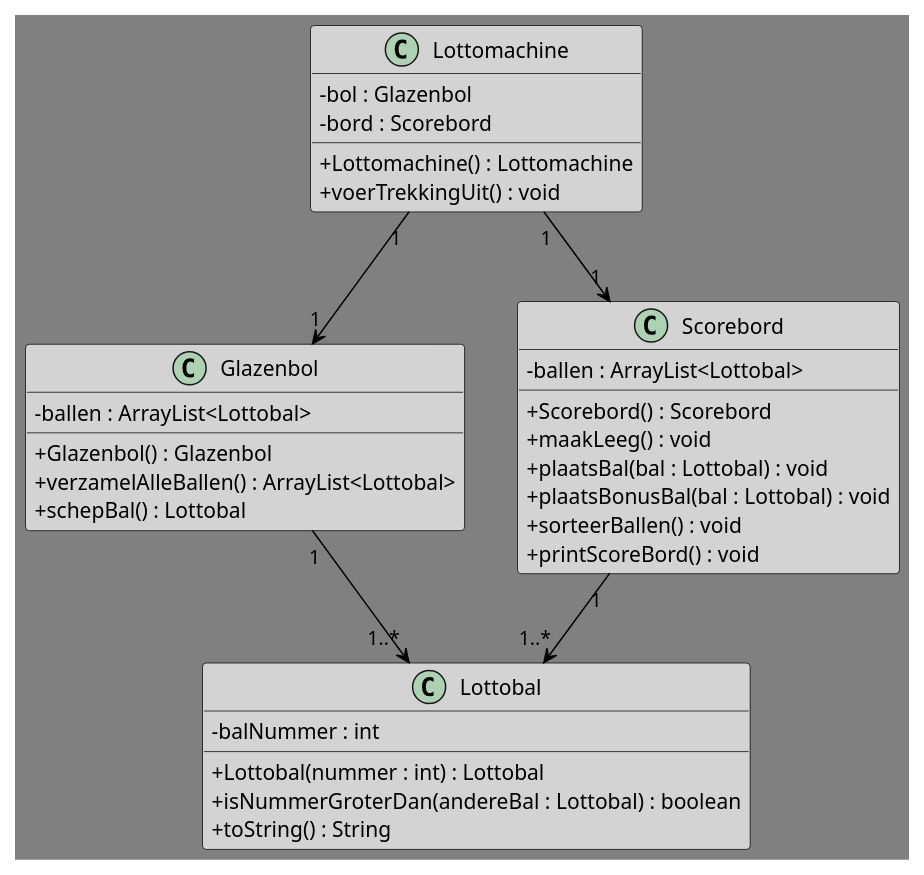
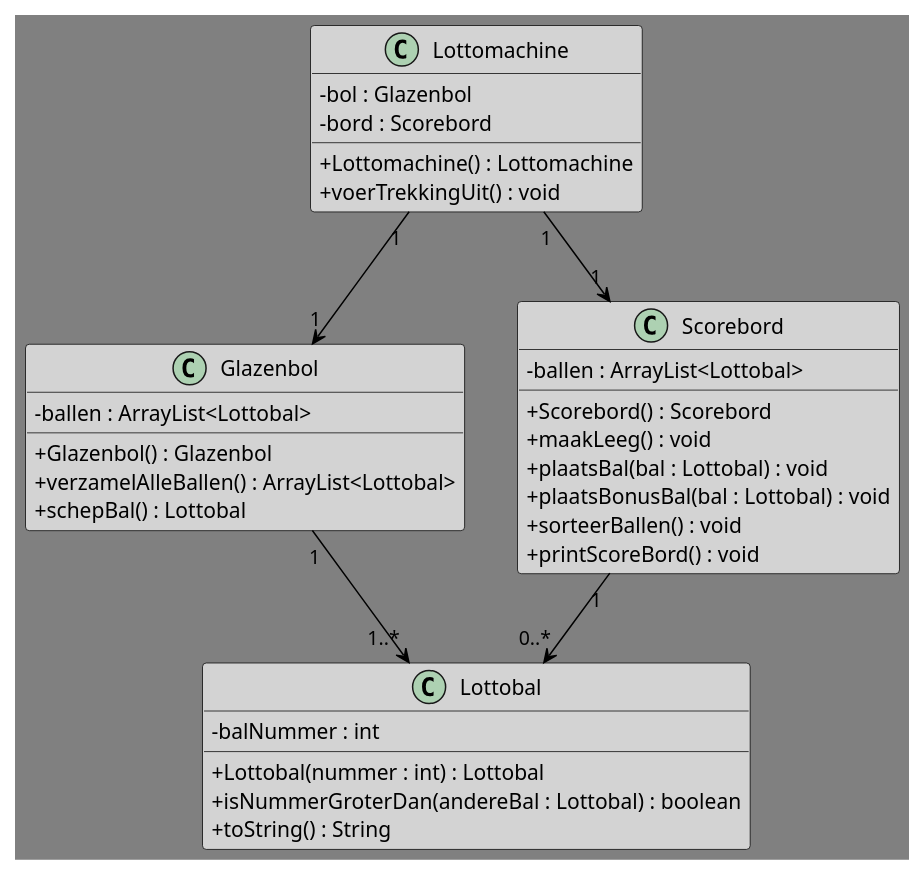
The diagram in src/week3/opgave91lottomachine/lottomachine_klassediagram.puml (daniel1890/OOPD-Opgaves), drawn with PlantUML before and after one commit. The commit also changed 2 other files, not shown here.

```diff
--- a/src/week3/opgave91lottomachine/lottomachine_klassediagram.puml
+++ b/src/week3/opgave91lottomachine/lottomachine_klassediagram.puml
@@ -1,50 +1,50 @@
 @startuml
 'https://plantuml.com/class-diagram
 
 skinparam class {
 BackgroundColor LightGrey
 ArrowColor Black
 BorderColor Black
 BackgroundColor<<Foo>> DarkGrey
 }
 skinparam classAttributeIconSize 0
 skinparam backgroundcolor Gray
 skinparam stereotypeCBackgroundColor YellowGreen
 
 class Lottomachine {
 -bol : Glazenbol
 -bord : Scorebord
 +Lottomachine() : Lottomachine
 +voerTrekkingUit() : void
 }
 
 class Glazenbol {
 -ballen : ArrayList<Lottobal>
 +Glazenbol() : Glazenbol
 +verzamelAlleBallen() : ArrayList<Lottobal>
 +schepBal() : Lottobal
 }
 
 class Scorebord {
 -ballen : ArrayList<Lottobal>
 +Scorebord() : Scorebord
 +maakLeeg() : void
 +plaatsBal(bal : Lottobal) : void
 +plaatsBonusBal(bal : Lottobal) : void
 +sorteerBallen() : void
 +printScoreBord() : void
 }
 
 class Lottobal {
 -balNummer : int
 +Lottobal(nummer : int) : Lottobal
 +isNummerGroterDan(andereBal : Lottobal) : boolean
 +toString() : String
 }
 
 Lottomachine "1" --> "1" Glazenbol
 Lottomachine "1" --> "1" Scorebord
 Glazenbol "1" --> "1..*" Lottobal
-Scorebord "1" --> "1..*" Lottobal
+Scorebord "1" --> "0..*" Lottobal
 
 @enduml
```
